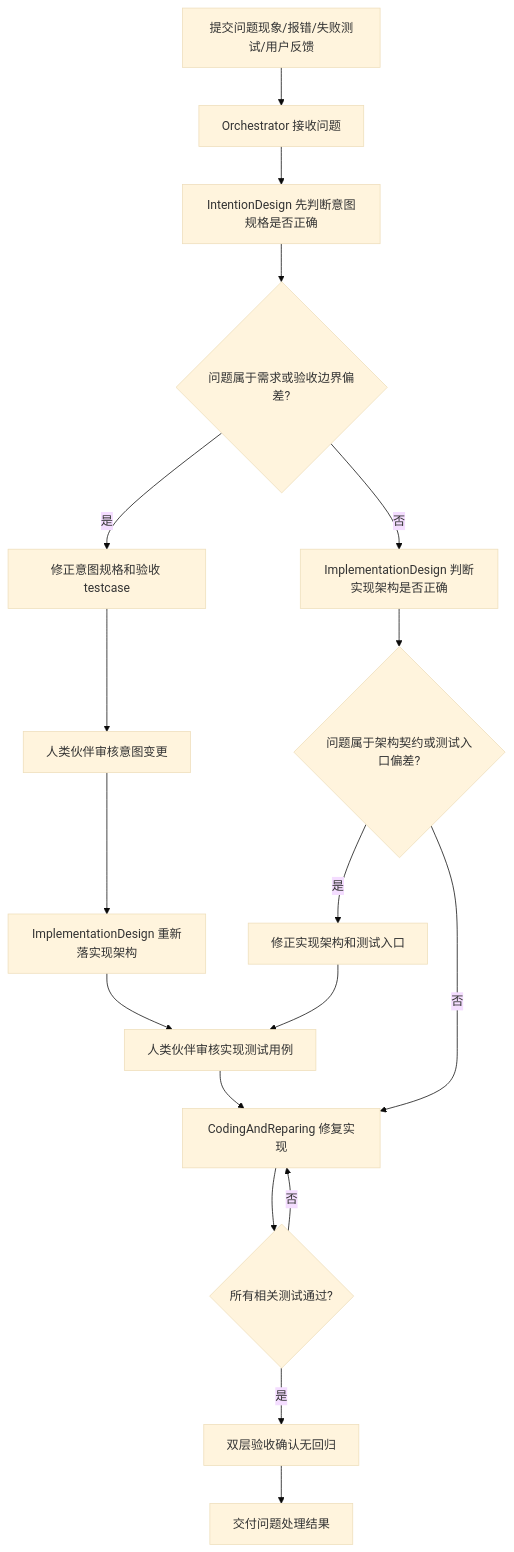
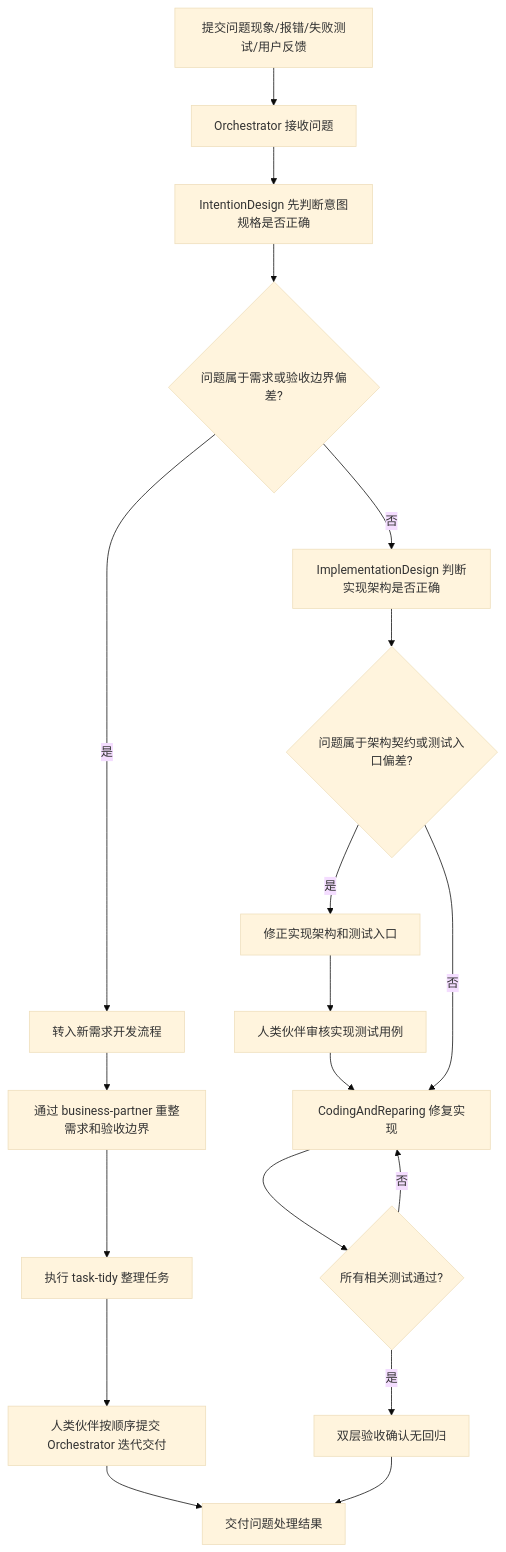
One commit to derekhu0002/Argo changed the second of 4 diagrams in README.md. Above: the diagram before and after it, drawn with Mermaid (base theme). The commit also changed other lines of this file, not shown here.

````diff
--- a/README.md
+++ b/README.md
@@ -98,20 +98,21 @@
 ```mermaid
 flowchart TD
     A[提交问题现象/报错/失败测试/用户反馈] --> B[Orchestrator 接收问题]
     B --> C[IntentionDesign 先判断意图规格是否正确]
     C --> D{问题属于需求或验收边界偏差?}
-    D -- 是 --> E[修正意图规格和验收 testcase]
-    E --> F[人类伙伴审核意图变更]
-    F --> G[ImplementationDesign 重新落实现架构]
+    D -- 是 --> E[转入新需求开发流程]
+    E --> F[通过 business-partner 重整需求和验收边界]
+    F --> G[执行 task-tidy 整理任务]
+    G --> P[人类伙伴按顺序提交 Orchestrator 迭代交付]
     D -- 否 --> H[ImplementationDesign 判断实现架构是否正确]
     H --> I{问题属于架构契约或测试入口偏差?}
     I -- 是 --> J[修正实现架构和测试入口]
     J --> K[人类伙伴审核实现测试用例]
     K --> L[CodingAndReparing 修复实现]
     I -- 否 --> L
-    G --> K
+    P --> O
     L --> M{所有相关测试通过?}
     M -- 否 --> L
     M -- 是 --> N[双层验收确认无回归]
     N --> O[交付问题处理结果]
 ```
````
